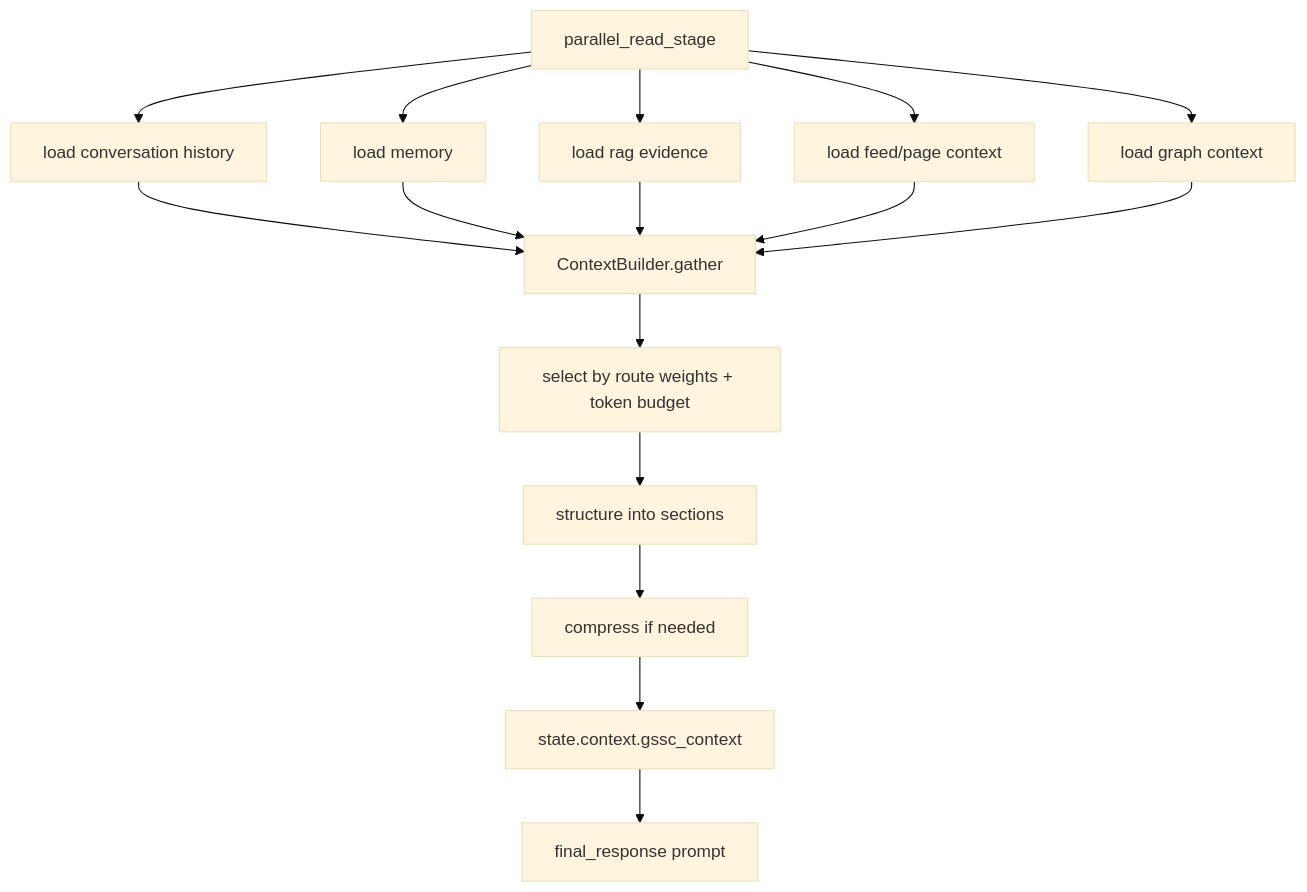
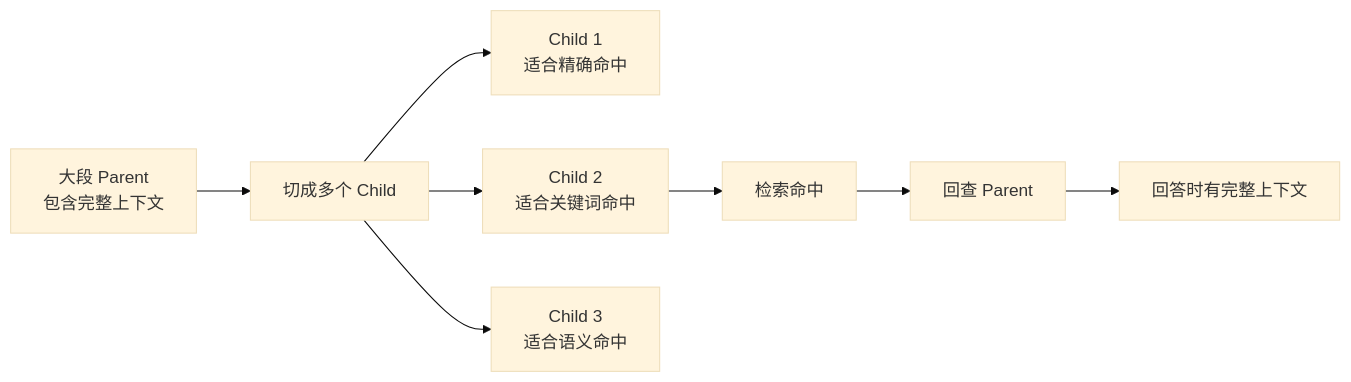
One commit to Ordish-cell/InsightGap-Agent changed diagram 17 of 27 in agent面试.md. Above: the diagram before and after it, drawn with Mermaid (base theme). The commit also changed other lines of this file and 16 other files, not shown here.

````diff
--- a/agent面试.md
+++ b/agent面试.md
@@ -2117,18 +1200,10 @@
 ```mermaid
-flowchart TD
-    A["parallel_read_stage"] --> B["load conversation history"]
-    A --> C["load memory"]
-    A --> D["load rag evidence"]
-    A --> E["load feed/page context"]
-    A --> F["load graph context"]
-    B --> G["ContextBuilder.gather"]
-    C --> G
-    D --> G
-    E --> G
-    F --> G
-    G --> H["select by route weights + token budget"]
-    H --> I["structure into sections"]
-    I --> J["compress if needed"]
-    J --> K["state.context.gssc_context"]
-    K --> L["final_response prompt"]
+flowchart LR
+    A["大段 Parent<br/>包含完整上下文"] --> B["切成多个 Child"]
+    B --> C1["Child 1<br/>适合精确命中"]
+    B --> C2["Child 2<br/>适合关键词命中"]
+    B --> C3["Child 3<br/>适合语义命中"]
+    C2 --> D["检索命中"]
+    D --> E["回查 Parent"]
+    E --> F["回答时有完整上下文"]
 ```
````
